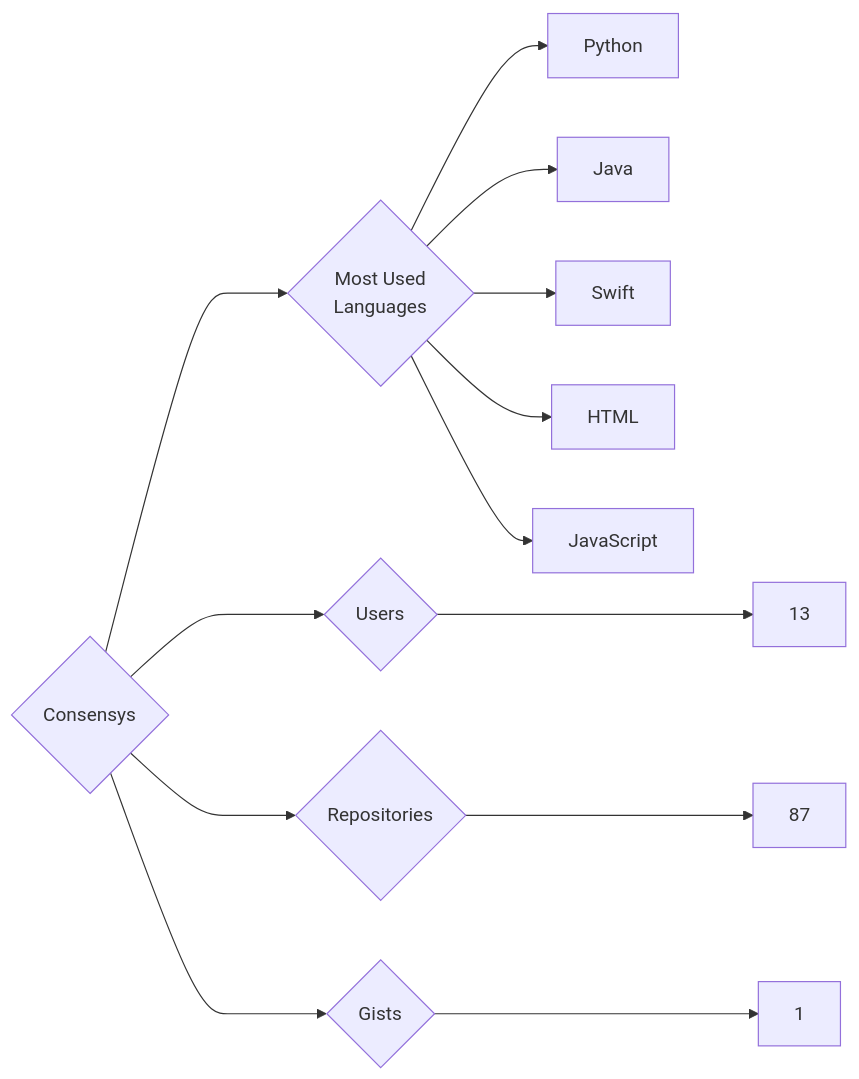
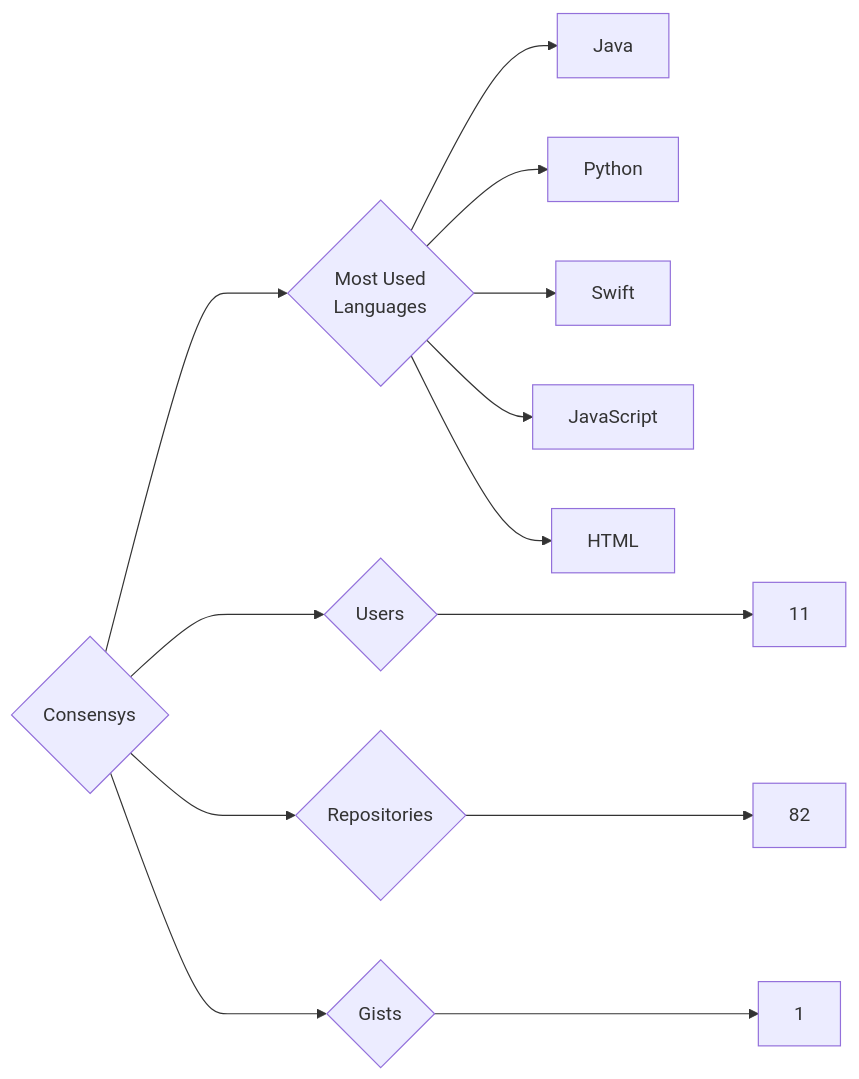
Before and after one commit to trickest/insiders: the diagram in targets/Consensys/README.md, drawn with Mermaid. The commit also changed 611 other files, not shown here.

````diff
--- a/targets/Consensys/README.md
+++ b/targets/Consensys/README.md
@@ -3,13 +3,13 @@
 ```mermaid
 graph LR
 COMPANY_NAME{Consensys}
-COMPANY_NAME ---> U{Users} ---> UN[13]
-COMPANY_NAME ---> R{Repositories} ---> RN[87]
+COMPANY_NAME ---> U{Users} ---> UN[11]
+COMPANY_NAME ---> R{Repositories} ---> RN[82]
 COMPANY_NAME ---> G{Gists} ---> GN[1]
 COMPANY_NAME ---> ML{Most Used<br>Languages}
+ML --> Java[Java]
 ML --> Python[Python]
-ML --> Java[Java]
 ML --> Swift[Swift]
+ML --> JavaScript[JavaScript]
 ML --> HTML[HTML]
-ML --> JavaScript[JavaScript]
 ```
````
